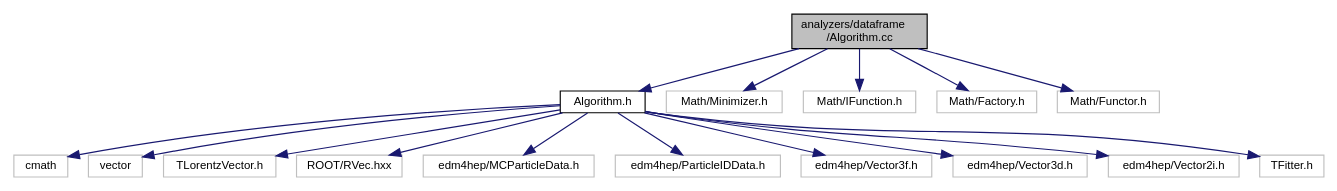
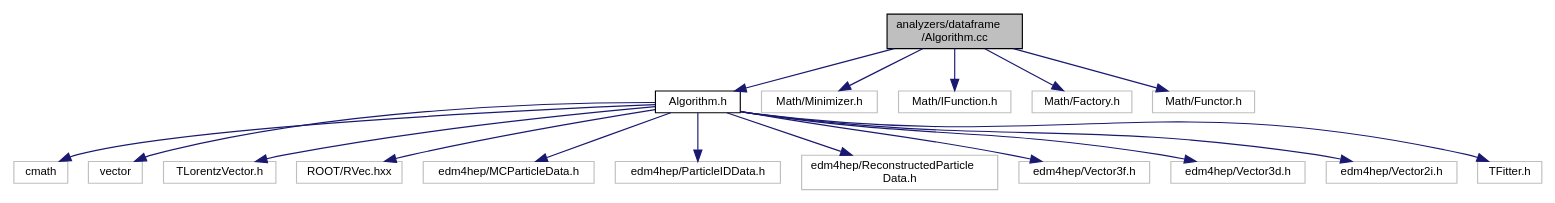
Before and after one commit to HEP-FCC/FCCAnalyses: the diagram in doc/latest/_algorithm_8cc__incl.dot, drawn with Graphviz. The commit also changed 100 other files, not shown here.

```diff
--- a/doc/latest/_algorithm_8cc__incl.dot
+++ b/doc/latest/_algorithm_8cc__incl.dot
@@ -1,37 +1,39 @@
 digraph "analyzers/dataframe/Algorithm.cc"
 {
  // LATEX_PDF_SIZE
   edge [fontname="Helvetica",fontsize="10",labelfontname="Helvetica",labelfontsize="10"];
   node [fontname="Helvetica",fontsize="10",shape=record];
   Node1 [label="analyzers/dataframe\l/Algorithm.cc",height=0.2,width=0.4,color="black", fillcolor="grey75", style="filled", fontcolor="black",tooltip=" "];
   Node1 -> Node2 [color="midnightblue",fontsize="10",style="solid",fontname="Helvetica"];
   Node2 [label="Algorithm.h",height=0.2,width=0.4,color="black", fillcolor="white", style="filled",URL="$_algorithm_8h.html",tooltip=" "];
   Node2 -> Node3 [color="midnightblue",fontsize="10",style="solid",fontname="Helvetica"];
   Node3 [label="cmath",height=0.2,width=0.4,color="grey75", fillcolor="white", style="filled",tooltip=" "];
   Node2 -> Node4 [color="midnightblue",fontsize="10",style="solid",fontname="Helvetica"];
   Node4 [label="vector",height=0.2,width=0.4,color="grey75", fillcolor="white", style="filled",tooltip=" "];
   Node2 -> Node5 [color="midnightblue",fontsize="10",style="solid",fontname="Helvetica"];
   Node5 [label="TLorentzVector.h",height=0.2,width=0.4,color="grey75", fillcolor="white", style="filled",tooltip=" "];
   Node2 -> Node6 [color="midnightblue",fontsize="10",style="solid",fontname="Helvetica"];
   Node6 [label="ROOT/RVec.hxx",height=0.2,width=0.4,color="grey75", fillcolor="white", style="filled",tooltip=" "];
   Node2 -> Node7 [color="midnightblue",fontsize="10",style="solid",fontname="Helvetica"];
   Node7 [label="edm4hep/MCParticleData.h",height=0.2,width=0.4,color="grey75", fillcolor="white", style="filled",tooltip=" "];
   Node2 -> Node8 [color="midnightblue",fontsize="10",style="solid",fontname="Helvetica"];
   Node8 [label="edm4hep/ParticleIDData.h",height=0.2,width=0.4,color="grey75", fillcolor="white", style="filled",tooltip=" "];
   Node2 -> Node9 [color="midnightblue",fontsize="10",style="solid",fontname="Helvetica"];
-  Node9 [label="edm4hep/Vector3f.h",height=0.2,width=0.4,color="grey75", fillcolor="white", style="filled",tooltip=" "];
+  Node9 [label="edm4hep/ReconstructedParticle\lData.h",height=0.2,width=0.4,color="grey75", fillcolor="white", style="filled",tooltip=" "];
   Node2 -> Node10 [color="midnightblue",fontsize="10",style="solid",fontname="Helvetica"];
-  Node10 [label="edm4hep/Vector3d.h",height=0.2,width=0.4,color="grey75", fillcolor="white", style="filled",tooltip=" "];
+  Node10 [label="edm4hep/Vector3f.h",height=0.2,width=0.4,color="grey75", fillcolor="white", style="filled",tooltip=" "];
   Node2 -> Node11 [color="midnightblue",fontsize="10",style="solid",fontname="Helvetica"];
-  Node11 [label="edm4hep/Vector2i.h",height=0.2,width=0.4,color="grey75", fillcolor="white", style="filled",tooltip=" "];
+  Node11 [label="edm4hep/Vector3d.h",height=0.2,width=0.4,color="grey75", fillcolor="white", style="filled",tooltip=" "];
   Node2 -> Node12 [color="midnightblue",fontsize="10",style="solid",fontname="Helvetica"];
-  Node12 [label="TFitter.h",height=0.2,width=0.4,color="grey75", fillcolor="white", style="filled",tooltip=" "];
-  Node1 -> Node13 [color="midnightblue",fontsize="10",style="solid",fontname="Helvetica"];
-  Node13 [label="Math/Minimizer.h",height=0.2,width=0.4,color="grey75", fillcolor="white", style="filled",tooltip=" "];
+  Node12 [label="edm4hep/Vector2i.h",height=0.2,width=0.4,color="grey75", fillcolor="white", style="filled",tooltip=" "];
+  Node2 -> Node13 [color="midnightblue",fontsize="10",style="solid",fontname="Helvetica"];
+  Node13 [label="TFitter.h",height=0.2,width=0.4,color="grey75", fillcolor="white", style="filled",tooltip=" "];
   Node1 -> Node14 [color="midnightblue",fontsize="10",style="solid",fontname="Helvetica"];
-  Node14 [label="Math/IFunction.h",height=0.2,width=0.4,color="grey75", fillcolor="white", style="filled",tooltip=" "];
+  Node14 [label="Math/Minimizer.h",height=0.2,width=0.4,color="grey75", fillcolor="white", style="filled",tooltip=" "];
   Node1 -> Node15 [color="midnightblue",fontsize="10",style="solid",fontname="Helvetica"];
-  Node15 [label="Math/Factory.h",height=0.2,width=0.4,color="grey75", fillcolor="white", style="filled",tooltip=" "];
+  Node15 [label="Math/IFunction.h",height=0.2,width=0.4,color="grey75", fillcolor="white", style="filled",tooltip=" "];
   Node1 -> Node16 [color="midnightblue",fontsize="10",style="solid",fontname="Helvetica"];
-  Node16 [label="Math/Functor.h",height=0.2,width=0.4,color="grey75", fillcolor="white", style="filled",tooltip=" "];
+  Node16 [label="Math/Factory.h",height=0.2,width=0.4,color="grey75", fillcolor="white", style="filled",tooltip=" "];
+  Node1 -> Node17 [color="midnightblue",fontsize="10",style="solid",fontname="Helvetica"];
+  Node17 [label="Math/Functor.h",height=0.2,width=0.4,color="grey75", fillcolor="white", style="filled",tooltip=" "];
 }
```
